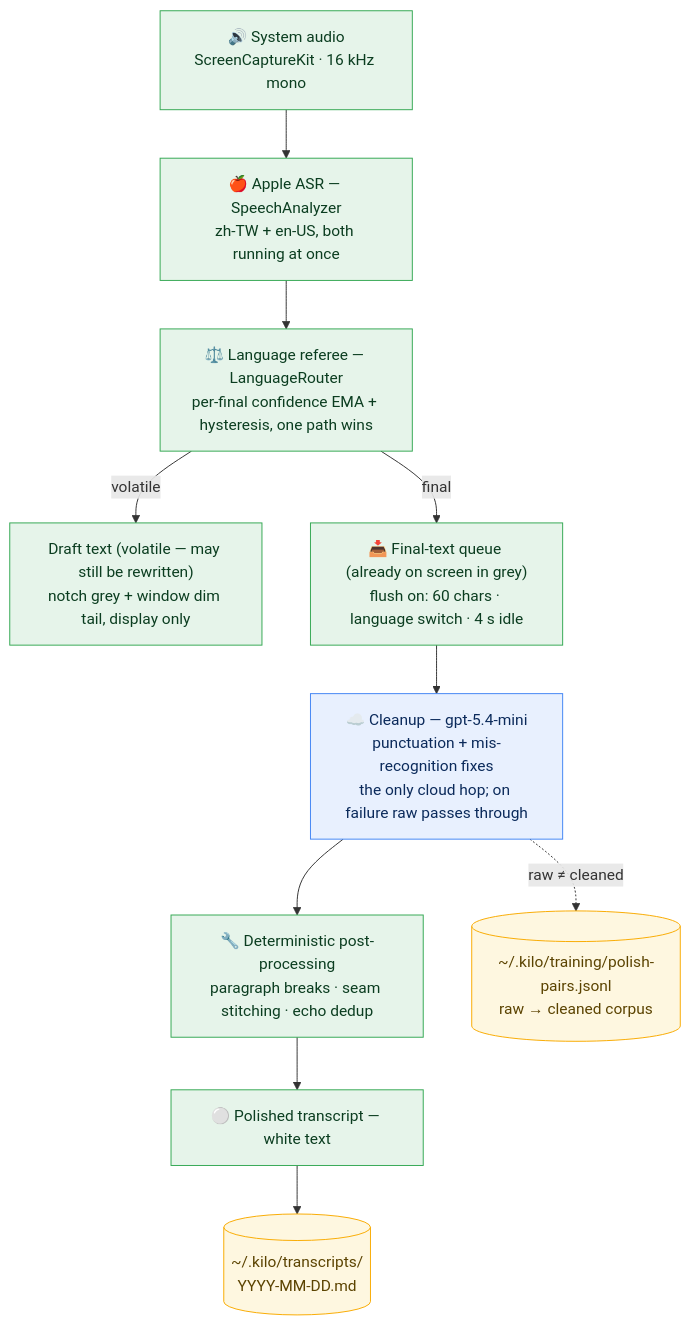
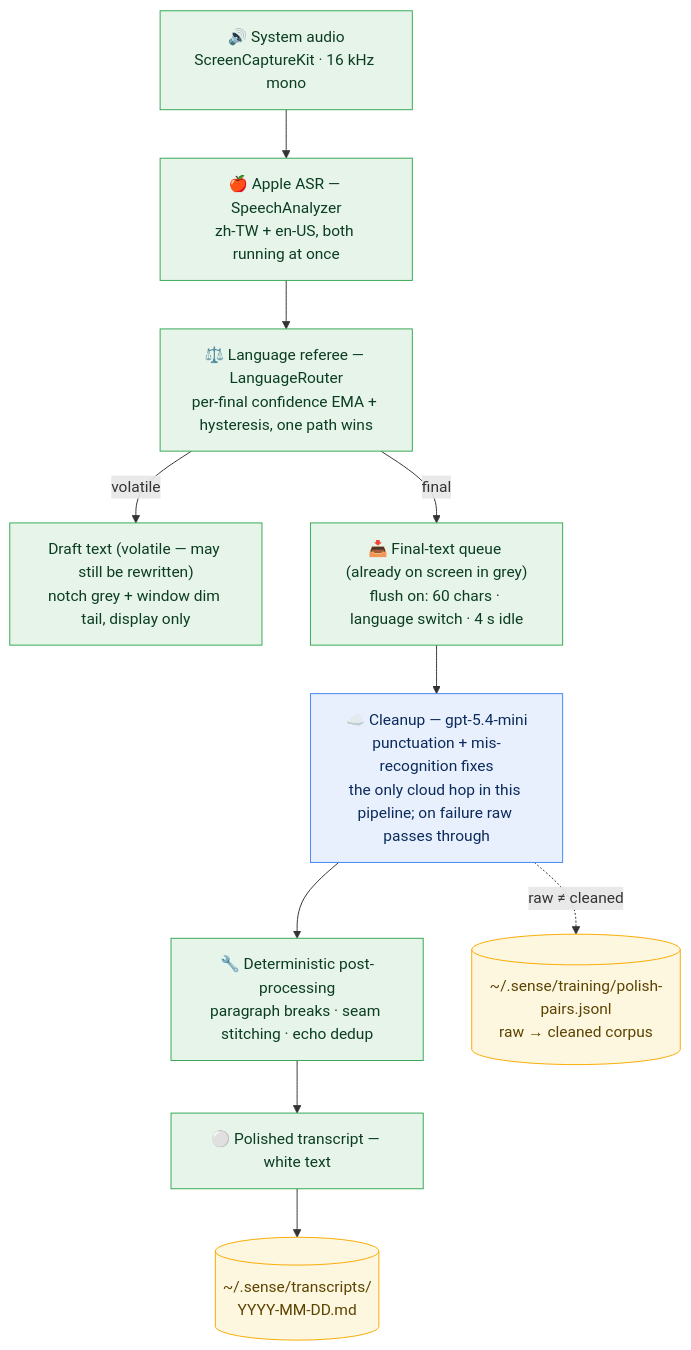
Before and after one commit to zyx1121/sense: the second of 2 diagrams in README.md, drawn with Mermaid. The commit also changed other lines of this file and 44 other files, not shown here.

First line of the commit message:
refactor: rebrand kilo-sense → Sense, swap codex runtime for Claude Code (#107)

````diff
--- a/README.md
+++ b/README.md
@@ -67,27 +67,27 @@
 ```mermaid
 flowchart TD
     audio["🔊 System audio<br/>ScreenCaptureKit · 16 kHz mono"]
     asr["🍎 Apple ASR — SpeechAnalyzer<br/>zh-TW + en-US, both running at once"]
     router["⚖️ Language referee — LanguageRouter<br/>per-final confidence EMA + hysteresis, one path wins"]
     draft["Draft text (volatile — may still be rewritten)<br/>notch grey + window dim tail, display only"]
     queue["📥 Final-text queue (already on screen in grey)<br/>flush on: 60 chars · language switch · 4 s idle"]
-    polish["☁️ Cleanup — gpt-5.4-mini<br/>punctuation + mis-recognition fixes<br/>the only cloud hop; on failure raw passes through"]
+    polish["☁️ Cleanup — gpt-5.4-mini<br/>punctuation + mis-recognition fixes<br/>the only cloud hop in this pipeline; on failure raw passes through"]
     post["🔧 Deterministic post-processing<br/>paragraph breaks · seam stitching · echo dedup"]
     white["⚪ Polished transcript — white text"]
-    archive[("~/.kilo/transcripts/<br/>YYYY-MM-DD.md")]
-    pairs[("~/.kilo/training/polish-pairs.jsonl<br/>raw → cleaned corpus")]
+    archive[("~/.sense/transcripts/<br/>YYYY-MM-DD.md")]
+    pairs[("~/.sense/training/polish-pairs.jsonl<br/>raw → cleaned corpus")]
 
     audio --> asr --> router
     router -->|volatile| draft
     router -->|final| queue
     queue --> polish --> post --> white
     white --> archive
     polish -.->|raw ≠ cleaned| pairs
 
     classDef device fill:#e6f4ea,stroke:#34a853,color:#0b3d20;
     classDef cloud fill:#e8f0fe,stroke:#4285f4,color:#0b2a5b;
     classDef store fill:#fef7e0,stroke:#f9ab00,color:#5b4300;
     class audio,asr,router,draft,queue,post,white device;
     class polish cloud;
     class archive,pairs store;
 ```
````
